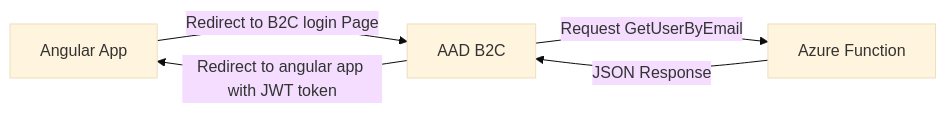
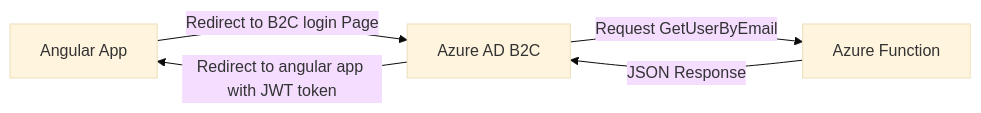
Before and after one commit to DonRamaral/azure-b2c: the diagram in documentation/create-a-self-signed-certificate.md, drawn with Mermaid (base theme). The commit also changed other lines of this file and 4 other files, not shown here.

````diff
--- a/documentation/create-a-self-signed-certificate.md
+++ b/documentation/create-a-self-signed-certificate.md
@@ -7,7 +7,7 @@
 ```mermaid
 graph LR
-A[Angular App] -- Redirect to B2C login Page --> B[AAD B2C]
+A[Angular App] -- Redirect to B2C login Page --> B[Azure AD B2C]
 B -- Request GetUserByEmail --> C[Azure Function]
 C -- JSON Response --> B
 B -- Redirect to angular app with JWT token --> A
 ```
````
